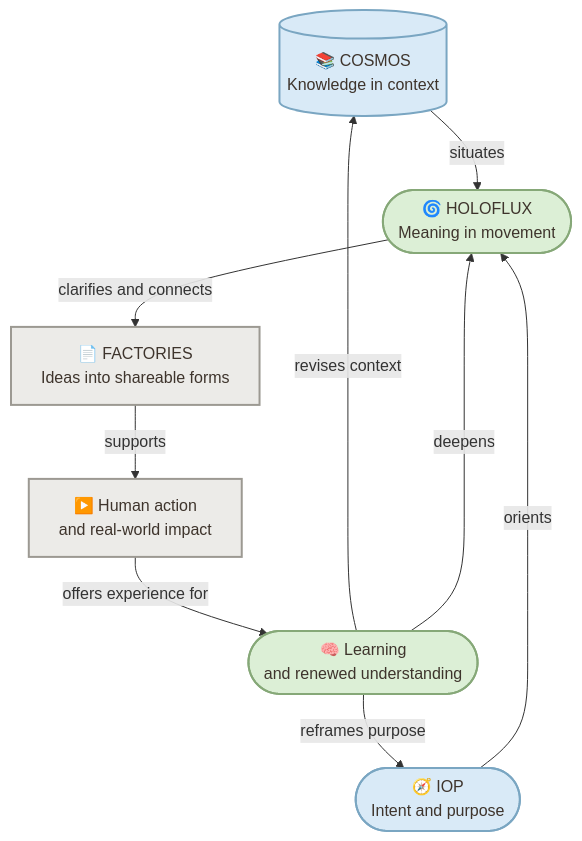
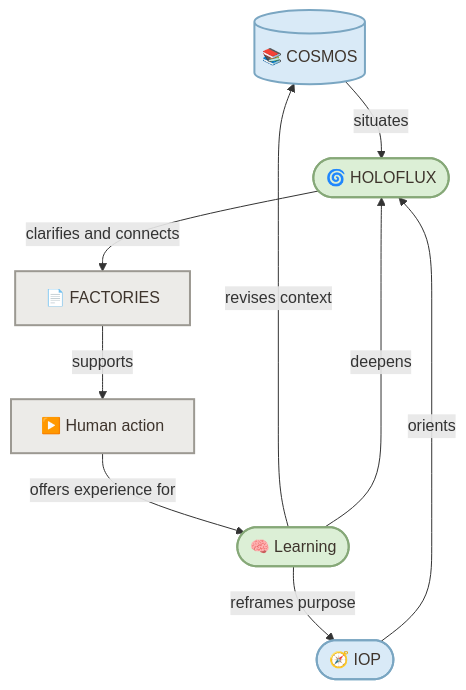
The first of 2 diagrams in README.md (enogrob/project-holoflux), drawn with Mermaid before and after one commit. The commit also changed other lines of this file, not shown here.

````diff
--- a/README.md
+++ b/README.md
@@ -46,23 +46,29 @@
 ```mermaid
 flowchart TD
-	C[(📚 COSMOS<br/>Knowledge in context)]:::context
-	I([🧭 IOP<br/>Intent and purpose]):::context
-	H([🌀 HOLOFLUX<br/>Meaning in movement]):::understanding
-	F[📄 FACTORIES<br/>Ideas into shareable forms]:::projection
-	A[▶️ Human action<br/>and real-world impact]:::projection
-	L([🧠 Learning<br/>and renewed understanding]):::understanding
+    %% COSMOS: Knowledge in context.
+    C[(📚 COSMOS)]:::context
+    %% IOP: Intent and purpose.
+    I([🧭 IOP]):::context
+    %% HOLOFLUX: Meaning in movement.
+    H([🌀 HOLOFLUX]):::understanding
+    %% FACTORIES: Ideas into shareable forms.
+    F[📄 FACTORIES]:::projection
+    %% Human action: Real-world impact.
+    A[▶️ Human action]:::projection
+    %% Learning: Renewed understanding.
+    L([🧠 Learning]):::understanding
 
 	C -->|situates| H
 	I -->|orients| H
 	H -->|clarifies and connects| F
 	F -->|supports| A
 	A -->|offers experience for| L
 	L -->|revises context| C
 	L -->|reframes purpose| I
 	L -->|deepens| H
 
 	classDef context fill:#D9EAF7,stroke:#7AA6C2,color:#3E342C,stroke-width:2px;
 	classDef understanding fill:#DCEFD6,stroke:#86A878,color:#3E342C,stroke-width:2px;
 	classDef projection fill:#ECEBE8,stroke:#9C9992,color:#3E342C,stroke-width:2px;
 	classDef observation fill:#DDF3E8,stroke:#78AA91,color:#3E342C,stroke-width:2px;
 ```
````
